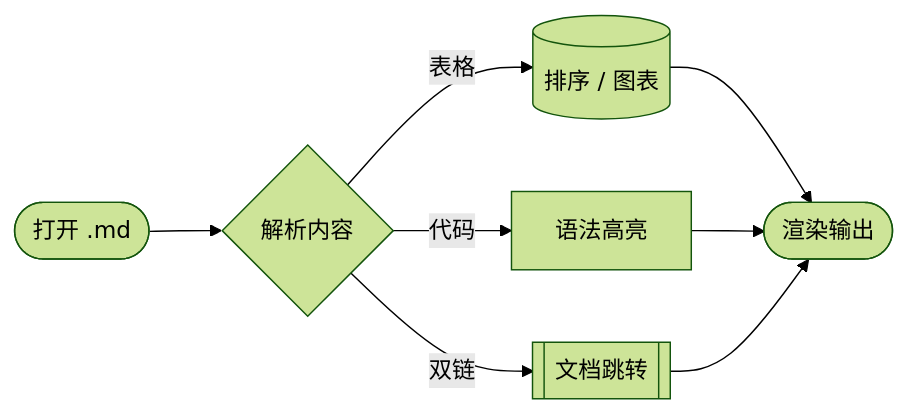
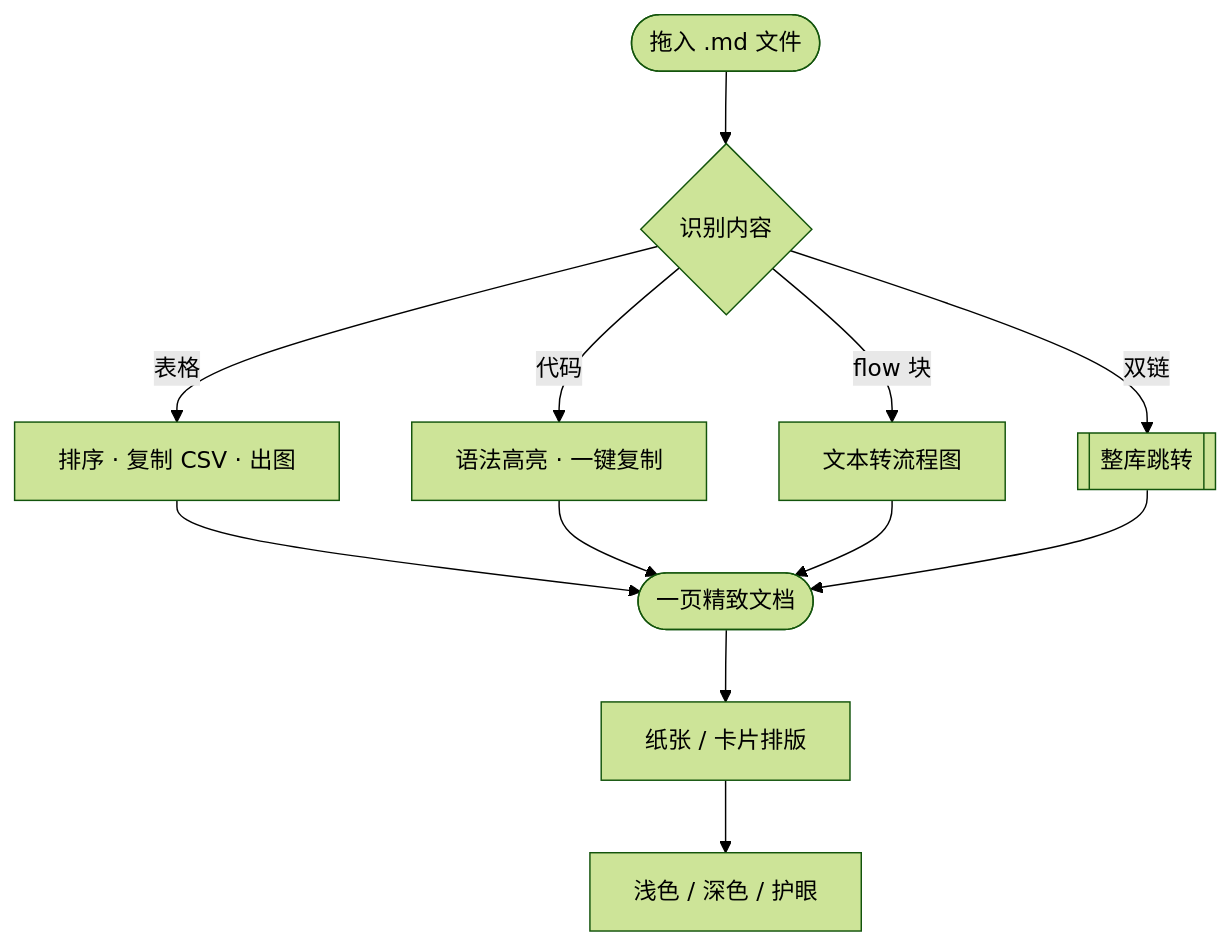
The diagram in MDReader/dist/示例文档.md (guizige-890323/mdreader-), drawn with Mermaid (forest theme) before and after one commit. The commit also changed other lines of this file and 115 other files, not shown here.

````diff
--- a/MDReader/dist/示例文档.md
+++ b/MDReader/dist/示例文档.md
@@ -67,10 +202,14 @@
 ```mermaid
-flowchart LR
-  S([打开 .md]) --> B{解析内容}
-  B -->|表格| C[(排序 / 图表)]
-  B -->|代码| D[语法高亮]
-  B -->|双链| E[[文档跳转]]
-  C --> F([渲染输出])
-  D --> F
-  E --> F
+flowchart TD
+  A([拖入 .md 文件]) --> B{识别内容}
+  B -->|表格| C[排序 · 复制 CSV · 出图]
+  B -->|代码| D[语法高亮 · 一键复制]
+  B -->|flow 块| E[文本转流程图]
+  B -->|双链| F[[整库跳转]]
+  C --> G([一页精致文档])
+  D --> G
+  E --> G
+  F --> G
+  G --> H[纸张 / 卡片排版]
+  H --> I[浅色 / 深色 / 护眼]
 ```
````
